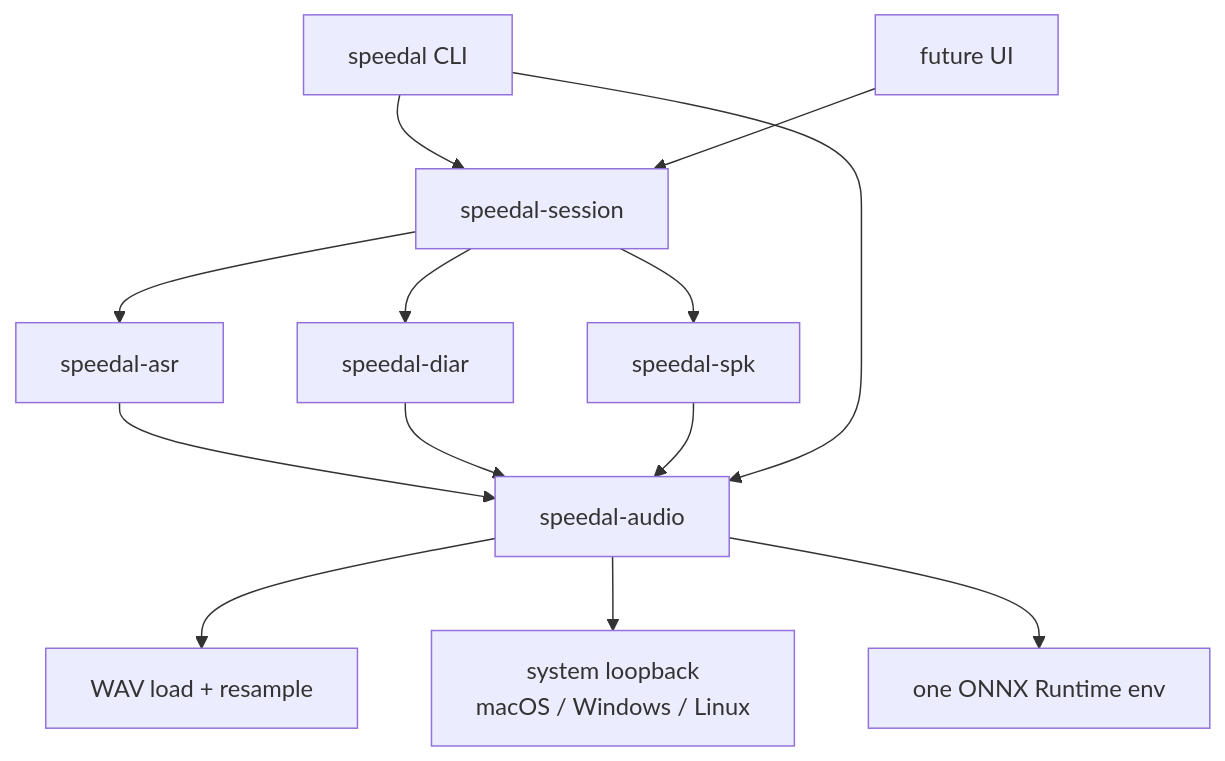
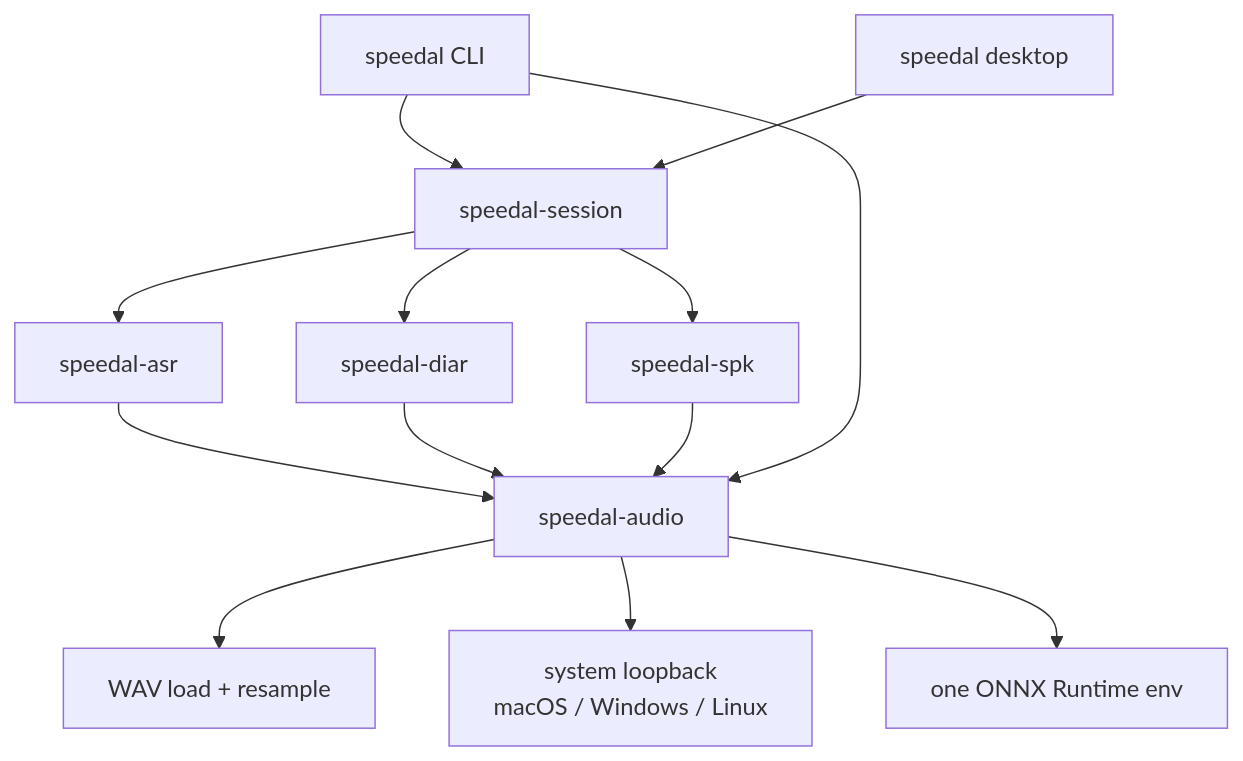
The second of 4 diagrams in README.md (Fanaperana/speedal), drawn with Mermaid before and after one commit. The commit also changed other lines of this file and 79 other files, not shown here.

````diff
--- a/README.md
+++ b/README.md
@@ -48,15 +48,15 @@
 ```mermaid
 flowchart TB
     CLI["speedal CLI"] --> S["speedal-session"]
-    UI["future UI"] --> S
+    UI["speedal desktop"] --> S
     S --> ASR["speedal-asr"]
     S --> DIAR["speedal-diar"]
     S --> SPK["speedal-spk"]
     ASR --> AUD["speedal-audio"]
     DIAR --> AUD
     SPK --> AUD
     CLI --> AUD
     AUD --> CAP["WAV load + resample"]
     AUD --> LOOP["system loopback<br/>macOS / Windows / Linux"]
     AUD --> ORT["one ONNX Runtime env"]
 ```
````
